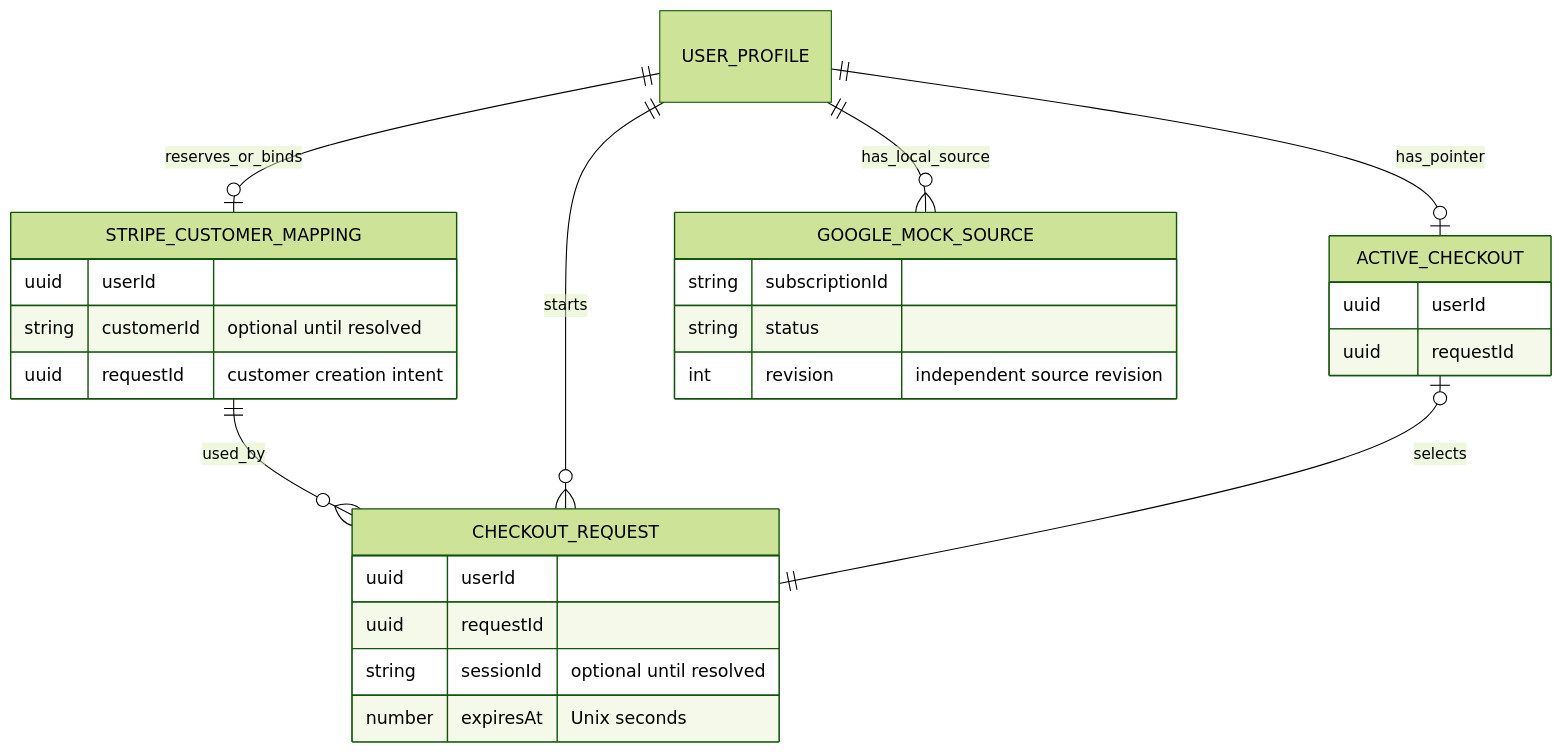
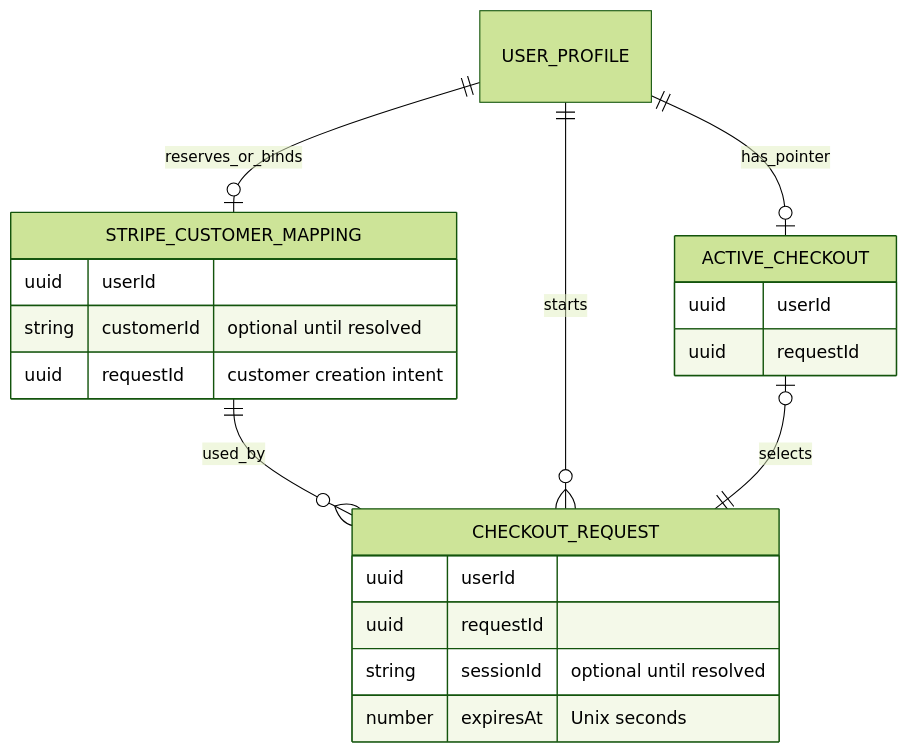
Before and after one commit to phillippbertram/subscription-consolidation-workshop: the second of 2 diagrams in docs/DYNAMODB_DATA_MODEL.md, drawn with Mermaid (forest theme). The commit also changed other lines of this file and 83 other files, not shown here.

First line of the commit message:
docs: restructure docs as VitePress site, drop Google mock

````diff
--- a/docs/DYNAMODB_DATA_MODEL.md
+++ b/docs/DYNAMODB_DATA_MODEL.md
@@ -100,30 +100,24 @@
 ```mermaid
 erDiagram
     USER_PROFILE ||--o| STRIPE_CUSTOMER_MAPPING : reserves_or_binds
     STRIPE_CUSTOMER_MAPPING ||--o{ CHECKOUT_REQUEST : used_by
     USER_PROFILE ||--o{ CHECKOUT_REQUEST : starts
     USER_PROFILE ||--o| ACTIVE_CHECKOUT : has_pointer
     ACTIVE_CHECKOUT o|--|| CHECKOUT_REQUEST : selects
-    USER_PROFILE ||--o{ GOOGLE_MOCK_SOURCE : has_local_source
 
     STRIPE_CUSTOMER_MAPPING {
         uuid userId
         string customerId "optional until resolved"
         uuid requestId "customer creation intent"
     }
     CHECKOUT_REQUEST {
         uuid userId
         uuid requestId
         string sessionId "optional until resolved"
         number expiresAt "Unix seconds"
     }
     ACTIVE_CHECKOUT {
         uuid userId
         uuid requestId
     }
-    GOOGLE_MOCK_SOURCE {
-        string subscriptionId
-        string status
-        int revision "independent source revision"
-    }
 ```
````
